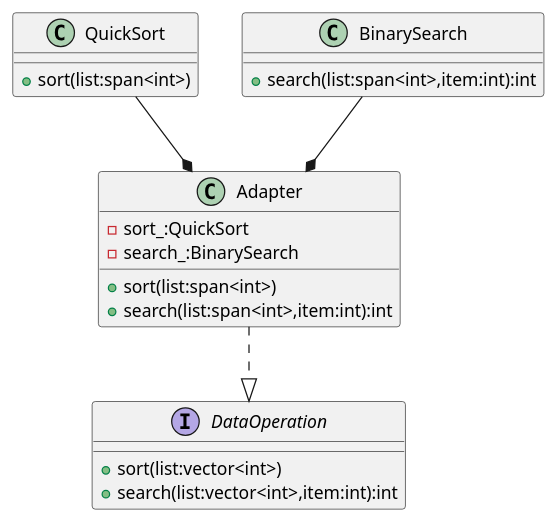
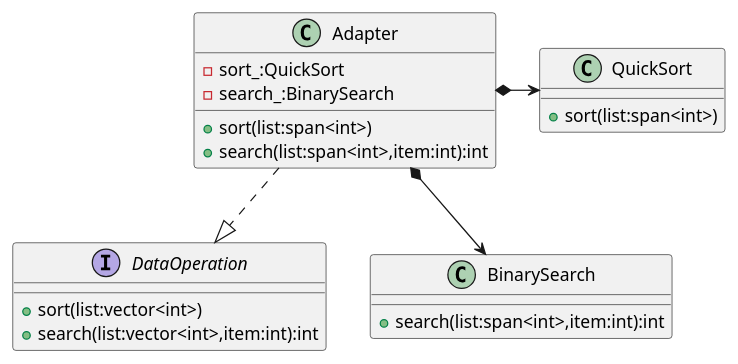
Before and after one commit to acking-you/design_patterns: the diagram in docs/adapter.puml, drawn with PlantUML. The commit also changed 38 other files, not shown here.

```diff
--- a/docs/adapter.puml
+++ b/docs/adapter.puml
@@ -1,23 +1,23 @@
 @startuml
 interface DataOperation{
 + sort(list:vector<int>)
 + search(list:vector<int>,item:int):int
 }
 class Adapter{
 - sort_:QuickSort
 - search_:BinarySearch
 + sort(list:span<int>)
 + search(list:span<int>,item:int):int
 }
 class QuickSort{
 + sort(list:span<int>)
 }
 class BinarySearch{
 + search(list:span<int>,item:int):int
 }
 
 Adapter ..|> DataOperation
-QuickSort --* Adapter
-BinarySearch --* Adapter
+Adapter *-> QuickSort
+Adapter *--> BinarySearch
 
 @enduml
```
